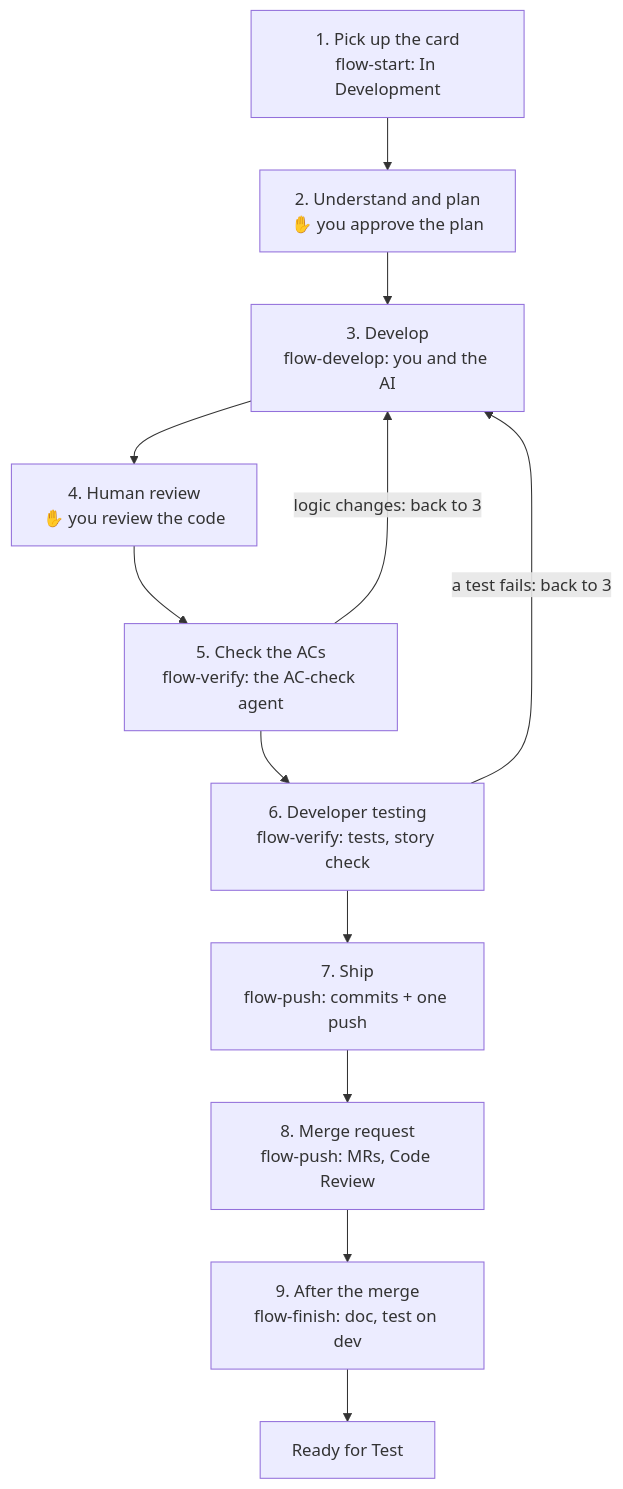
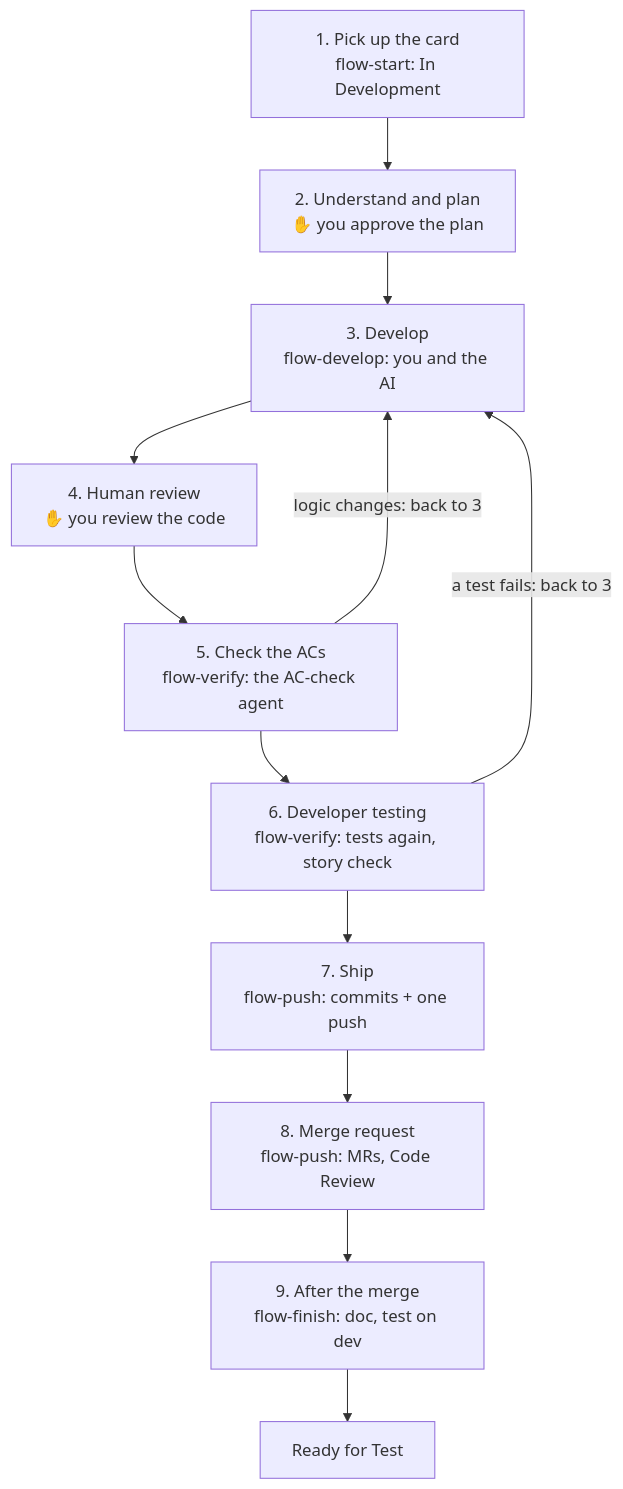
Before and after one commit to manas-shurutech-04/closio_agent: the fourth of 5 diagrams in docs/user-guide.md, drawn with Mermaid. The commit also changed other lines of this file and 9 other files, not shown here.

Commit message:
Docs: flow-develop, run folders without switching, lint warnings, rules A20 to A23 (D61, D65, D66)

````diff
--- a/docs/user-guide.md
+++ b/docs/user-guide.md
@@ -207,8 +208,8 @@
 ```mermaid
 flowchart TB
     p1["1. Pick up the card<br/>flow-start: In Development"] --> p2["2. Understand and plan<br/>✋ you approve the plan"] --> p3["3. Develop<br/>flow-develop: you and the AI"]
-    p3 --> p4["4. Human review<br/>✋ you review the code"] --> p5["5. Check the ACs<br/>flow-verify: the AC-check agent"] --> p6["6. Developer testing<br/>flow-verify: tests, story check"]
+    p3 --> p4["4. Human review<br/>✋ you review the code"] --> p5["5. Check the ACs<br/>flow-verify: the AC-check agent"] --> p6["6. Developer testing<br/>flow-verify: tests again, story check"]
     p5 -- "logic changes: back to 3" --> p3
     p6 -- "a test fails: back to 3" --> p3
     p6 --> p7["7. Ship<br/>flow-push: commits + one push"] --> p8["8. Merge request<br/>flow-push: MRs, Code Review"] --> p9["9. After the merge<br/>flow-finish: doc, test on dev"] --> r["Ready for Test"]
 ```
````
